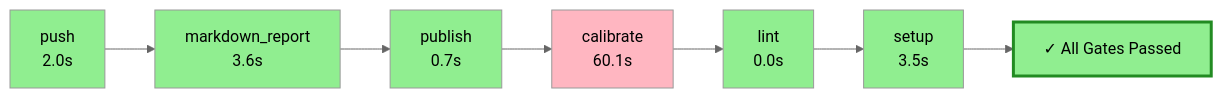
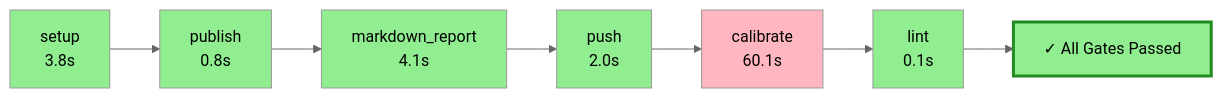
Before and after one commit to wronai/fixos: the diagram in .pyqual/report.md, drawn with Mermaid (neutral theme). The commit also changed other lines of this file and 2 other files, not shown here.

````diff
--- a/.pyqual/report.md
+++ b/.pyqual/report.md
@@ -10,23 +10,23 @@
 ```mermaid
 flowchart LR
-    S0["push<br/>2.0s"]
+    S0["setup<br/>3.8s"]
     style S0 fill:#90EE90
-    S1["markdown_report<br/>3.6s"]
+    S1["publish<br/>0.8s"]
     style S1 fill:#90EE90
     S0 --> S1
-    S2["publish<br/>0.7s"]
+    S2["markdown_report<br/>4.1s"]
     style S2 fill:#90EE90
     S1 --> S2
-    S3["calibrate<br/>60.1s"]
-    style S3 fill:#FFB6C1
+    S3["push<br/>2.0s"]
+    style S3 fill:#90EE90
     S2 --> S3
-    S4["lint<br/>0.0s"]
-    style S4 fill:#90EE90
+    S4["calibrate<br/>60.1s"]
+    style S4 fill:#FFB6C1
     S3 --> S4
-    S5["setup<br/>3.5s"]
+    S5["lint<br/>0.1s"]
     style S5 fill:#90EE90
     S4 --> S5
     G["✓ All Gates Passed"]
     style G fill:#90EE90,stroke:#228B22,stroke-width:3px
     S5 --> G
 ```
````
